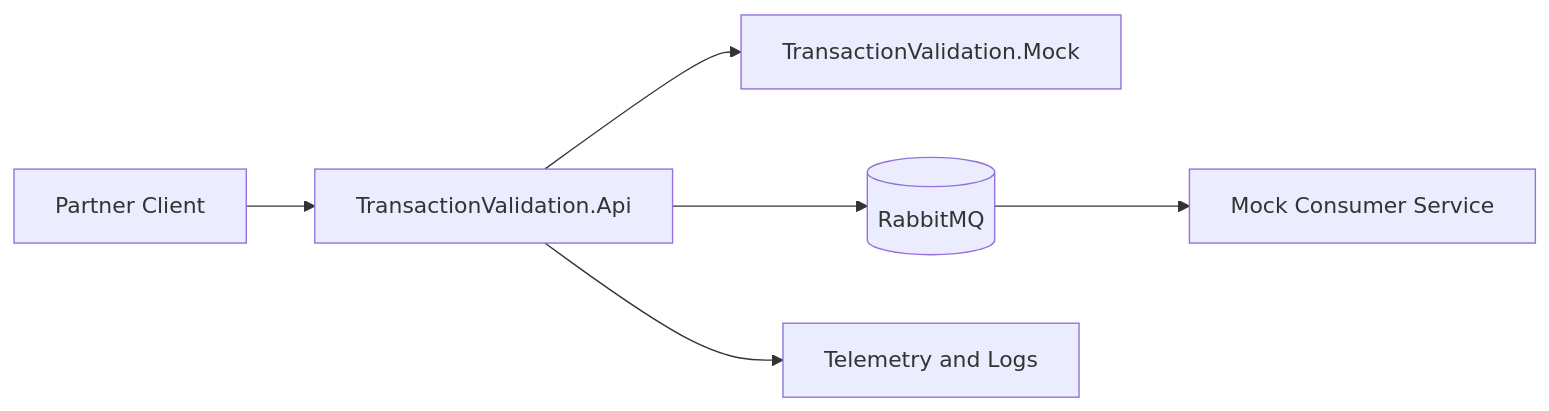
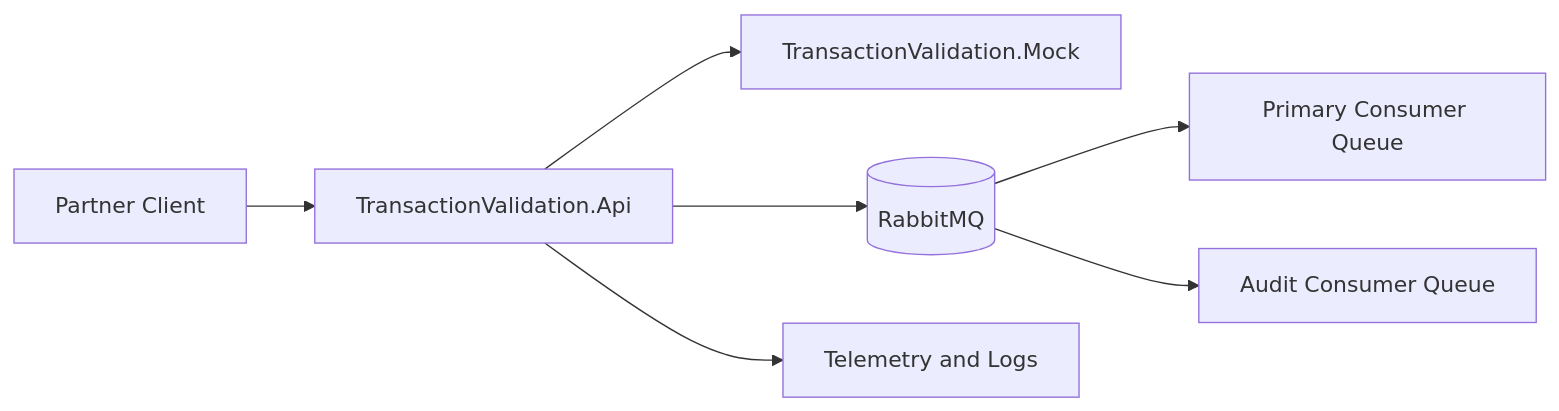
Before and after one commit to haudtech/transaction-validation: the first of 3 diagrams in docs/architecture_design/Architecture_design.md, drawn with Mermaid. The commit also changed other lines of this file and 23 other files, not shown here.

````diff
--- a/docs/architecture_design/Architecture_design.md
+++ b/docs/architecture_design/Architecture_design.md
@@ -27,8 +27,9 @@
 ```mermaid
 flowchart LR
     Partner[Partner Client] --> API[TransactionValidation.Api]
     API --> Mock[TransactionValidation.Mock]
     API --> MQ[(RabbitMQ)]
-    MQ --> Consumer[Mock Consumer Service]
+    MQ --> Primary[Primary Consumer Queue]
+    MQ --> Audit[Audit Consumer Queue]
     API --> Obs[Telemetry and Logs]
 ```
````
